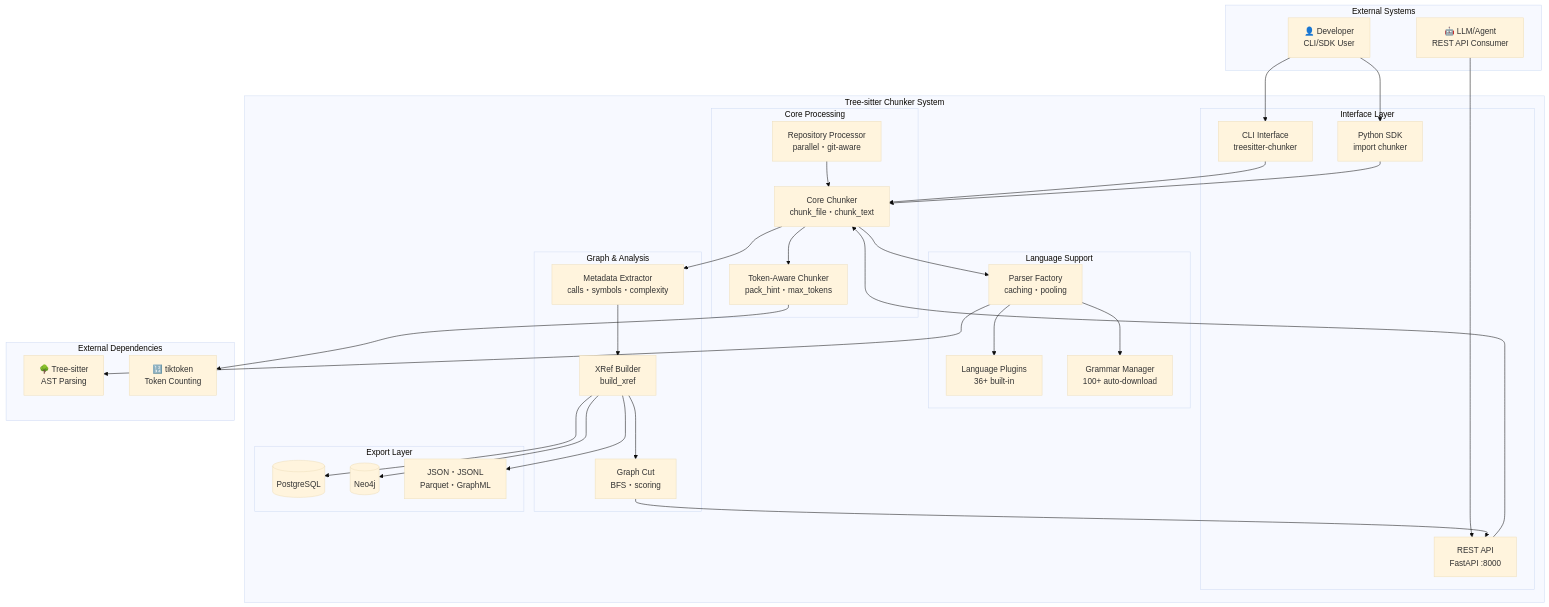
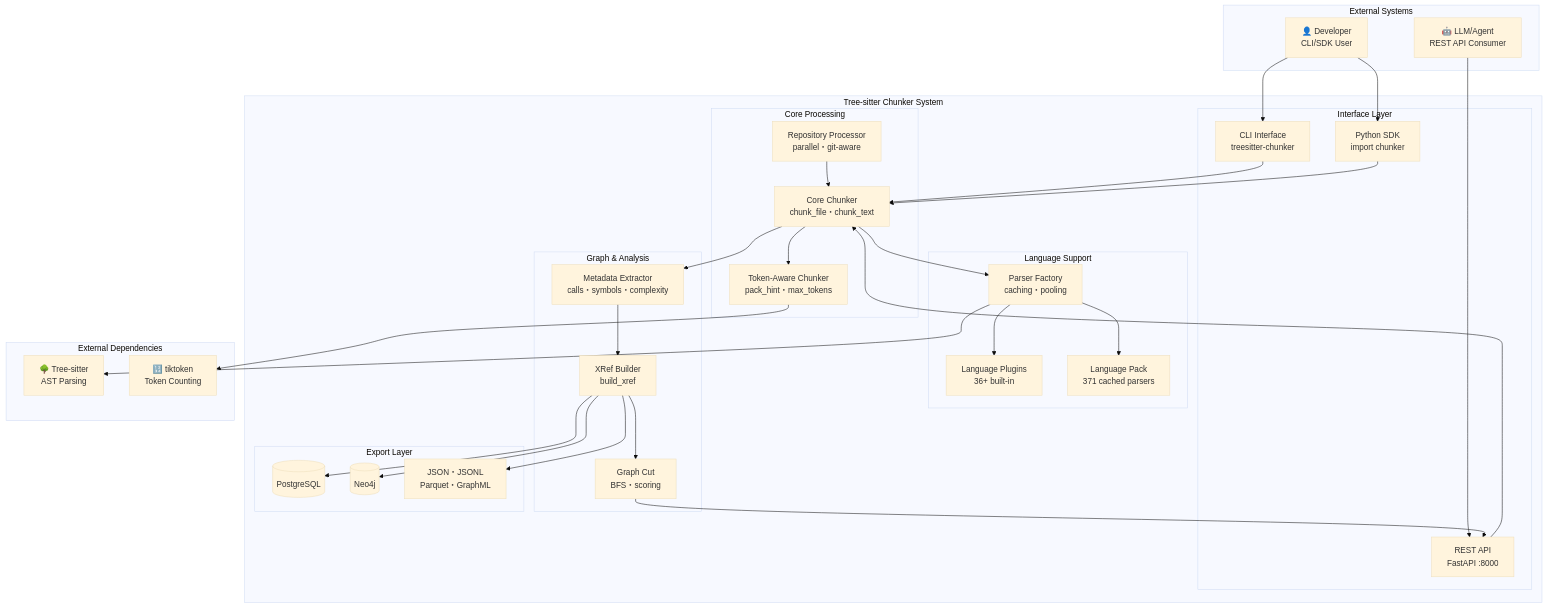
Before and after one commit to Consiliency/treesitter-chunker: the first of 2 diagrams in README.md, drawn with Mermaid (base theme). The commit also changed other lines of this file and 25 other files, not shown here.

````diff
--- a/README.md
+++ b/README.md
@@ -75,65 +75,65 @@
 ```mermaid
 flowchart TB
     subgraph "External Systems"
         DEV[👤 Developer<br/>CLI/SDK User]
         AGENT[🤖 LLM/Agent<br/>REST API Consumer]
     end
 
     subgraph chunker["Tree-sitter Chunker System"]
         subgraph interface["Interface Layer"]
             CLI[CLI Interface<br/>treesitter-chunker]
             API[REST API<br/>FastAPI :8000]
             SDK[Python SDK<br/>import chunker]
         end
 
         subgraph core["Core Processing"]
             CORE[Core Chunker<br/>chunk_file・chunk_text]
             TOKEN[Token-Aware Chunker<br/>pack_hint・max_tokens]
             REPO[Repository Processor<br/>parallel・git-aware]
         end
 
         subgraph lang["Language Support"]
             PARSER[Parser Factory<br/>caching・pooling]
             PLUGINS[Language Plugins<br/>36+ built-in]
-            GRAMMAR[Grammar Manager<br/>100+ auto-download]
+            GRAMMAR[Language Pack<br/>371 cached parsers]
         end
 
         subgraph graph["Graph & Analysis"]
             XREF[XRef Builder<br/>build_xref]
             CUT[Graph Cut<br/>BFS・scoring]
             META[Metadata Extractor<br/>calls・symbols・complexity]
         end
 
         subgraph export["Export Layer"]
             PG[(PostgreSQL)]
             NEO[(Neo4j)]
             FILES[JSON・JSONL<br/>Parquet・GraphML]
         end
     end
 
     subgraph external["External Dependencies"]
         TS[🌳 Tree-sitter<br/>AST Parsing]
         TIK[🔢 tiktoken<br/>Token Counting]
     end
 
     DEV --> CLI & SDK
     AGENT --> API
 
     CLI & API & SDK --> CORE
     CORE --> TOKEN
     REPO --> CORE
 
     CORE --> PARSER
     PARSER --> PLUGINS
     PARSER --> GRAMMAR
     PARSER --> TS
 
     CORE --> META
     META --> XREF
     XREF --> CUT
 
     TOKEN --> TIK
 
     XREF --> PG & NEO & FILES
     CUT --> API
 ```
````
